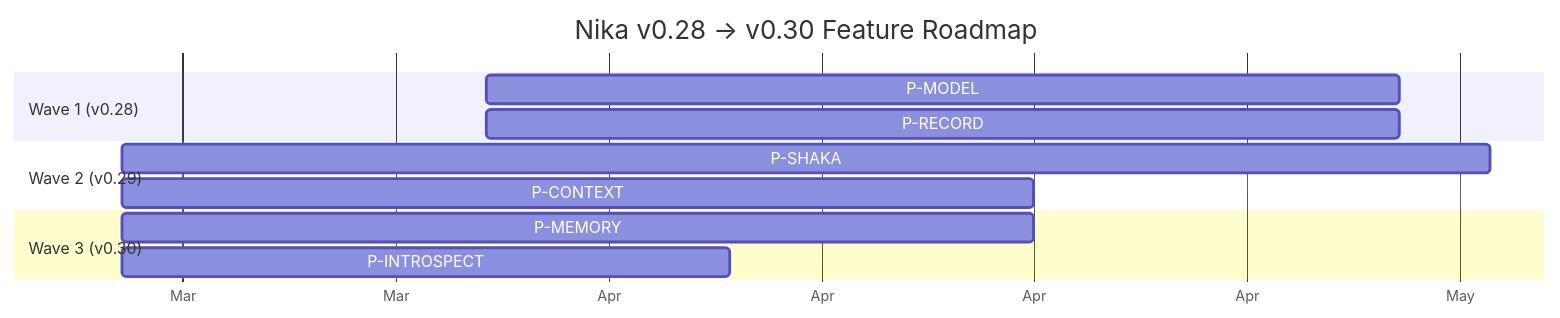
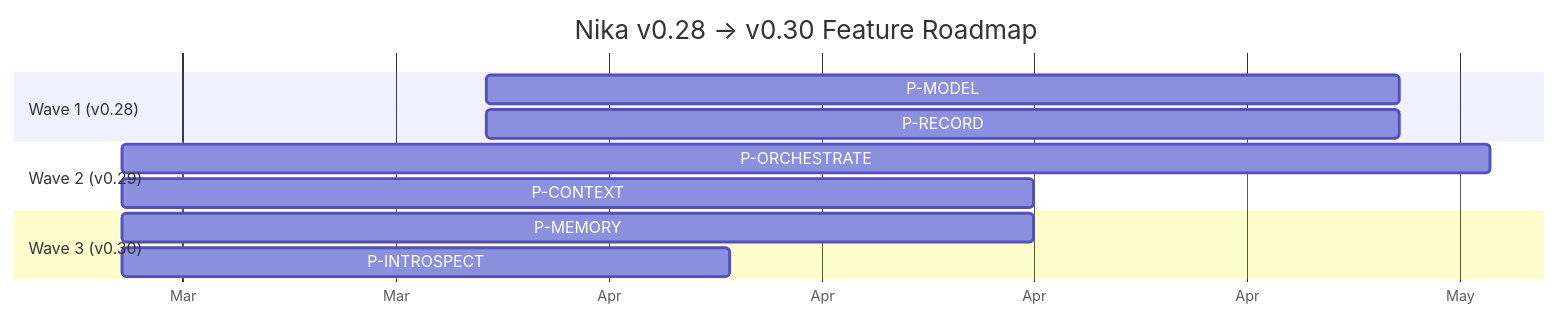
Diagram 22 of 23 in docs/vision/11-nika-030-technical-reference.md (supernovae-st/nika), drawn with Mermaid before and after one commit. The commit also changed other lines of this file and 72 other files, not shown here.

````diff
--- a/docs/vision/11-nika-030-technical-reference.md
+++ b/docs/vision/11-nika-030-technical-reference.md
@@ -1537,18 +1537,18 @@
 ```mermaid
 gantt
     title Nika v0.28 → v0.30 Feature Roadmap
     dateFormat YYYY-MM-DD
     axisFormat %b
 
     section Wave 1 (v0.28)
     P-MODEL: 4-slot model routing          :pm, 2026-04-01, 30d
     P-RECORD: Record compression           :pe, 2026-04-01, 30d
 
     section Wave 2 (v0.29)
-    P-SHAKA: Shaka orchestration           :ps, after pe, 45d
+    P-ORCHESTRATE: orchestrate mode           :ps, after pe, 45d
     P-CONTEXT: Context budgets             :pc, after pe, 30d
 
     section Wave 3 (v0.30)
     P-MEMORY: NovaNet persistent records   :pmem, after ps, 30d
     P-INTROSPECT: 6 introspection tools    :pi, after ps, 20d
 ```
````
